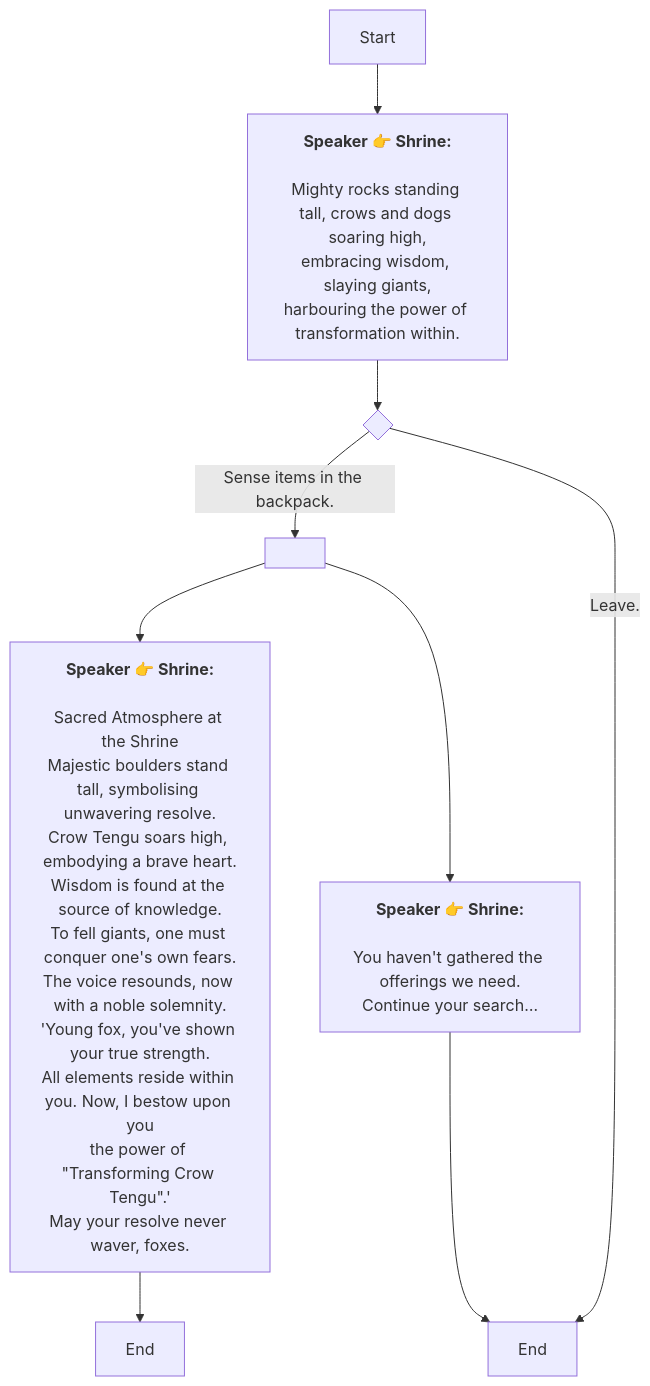
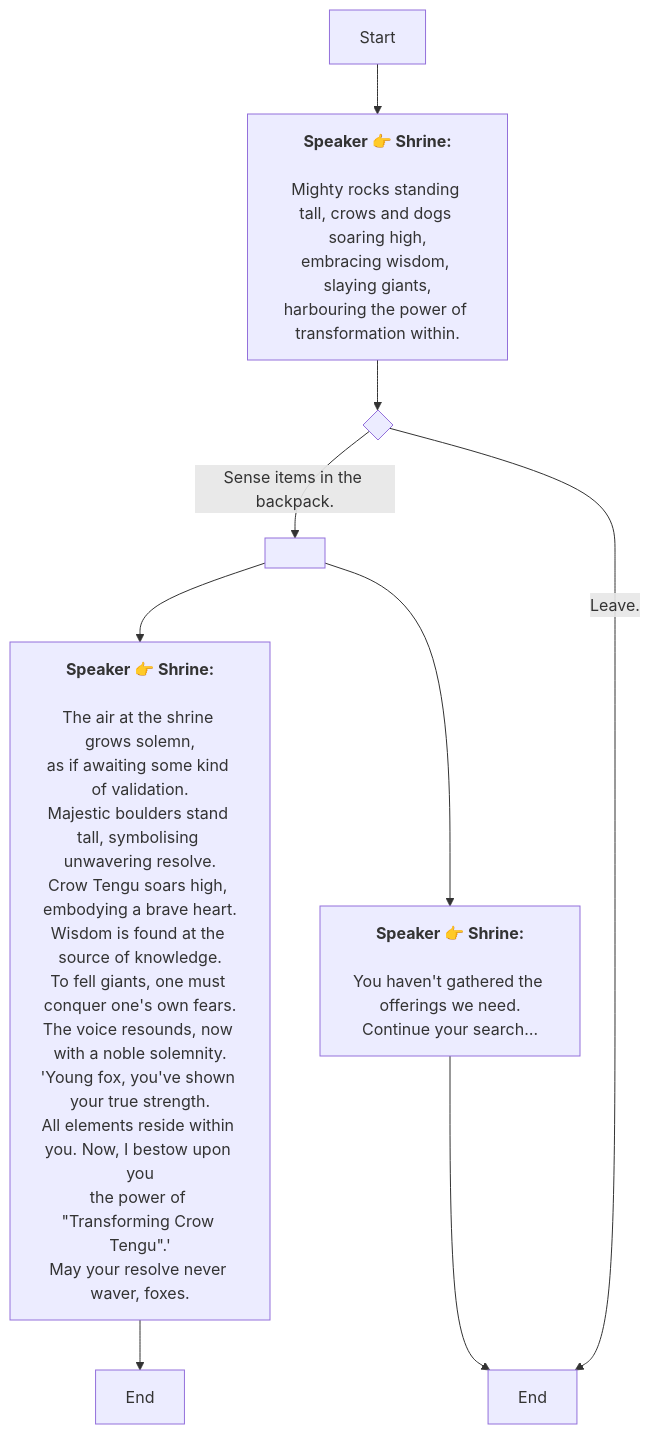
One commit to SoftHu/tos_avg changed the diagram in En/AddDialogNode_1738975568286017.md. Above: the diagram before and after it, drawn with Mermaid. The commit also changed 297 other files, not shown here.

````diff
--- a/En/AddDialogNode_1738975568286017.md
+++ b/En/AddDialogNode_1738975568286017.md
@@ -1,30 +1,31 @@
 ```mermaid
 graph
 Start -->1738975602819396[<b>Speaker 👉 Shrine:</b>
 
 Mighty rocks standing tall, crows and dogs soaring high,
 embracing wisdom, slaying giants,
 harbouring the power of transformation within.]
 1738975602819396 -->1738975641573701{ }
 1738975641573701 -->|Sense items in the backpack.|1738975698541899[ ]
 1738975641573701 -->|Leave.|1738975792784718[End]
 1738975698541899 -->1738975713146188[<b>Speaker 👉 Shrine:</b>
 
-Sacred Atmosphere at the Shrine
+The air at the shrine grows solemn,
+as if awaiting some kind of validation.
 Majestic boulders stand tall, symbolising unwavering resolve.
 Crow Tengu soars high, embodying a brave heart.
 Wisdom is found at the source of knowledge.
 To fell giants, one must conquer one's own fears.
 The voice resounds, now with a noble solemnity.
 'Young fox, you've shown your true strength.
 All elements reside within you. Now, I bestow upon you
 the power of &quot;Transforming Crow Tengu&quot;.'
 May your resolve never waver, foxes.]
 1738975698541899 -->1738975756244301[<b>Speaker 👉 Shrine:</b>
 
 You haven't gathered the offerings we need.
 Continue your search…]
 1738975713146188 -->1738976137127247[End]
 1738975756244301 -->1738975792784718[End]
 
  ```
````
